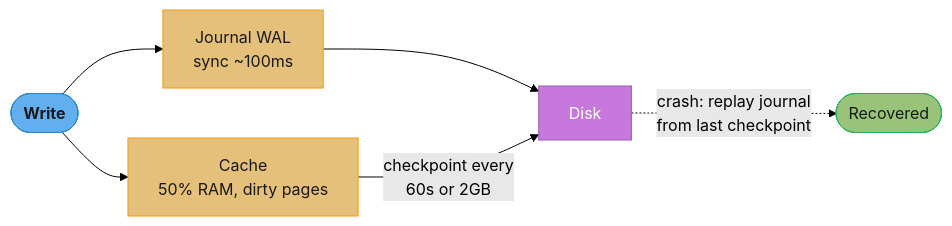
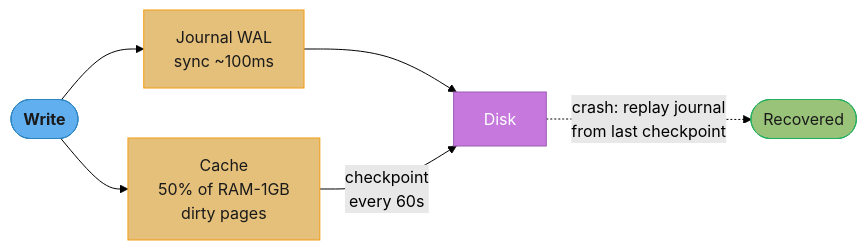
The eighth of 9 diagrams in src/main/java/com/rutik/systemdesign/database/document_databases/README.md (rppol/system-design), drawn with Mermaid (forest theme) before and after one commit. The commit also changed other lines of this file and 5 other files, not shown here.

````diff
--- a/src/main/java/com/rutik/systemdesign/database/document_databases/README.md
+++ b/src/main/java/com/rutik/systemdesign/database/document_databases/README.md
@@ -380,21 +382,21 @@
 ```mermaid
 flowchart LR
     classDef io      fill:#61afef,stroke:#2e86c1,color:#1a1a1a,font-weight:bold
     classDef frozen  fill:#c678dd,stroke:#9b59b6,color:#fff
     classDef train   fill:#98c379,stroke:#27ae60,color:#1a1a1a
     classDef mathOp  fill:#d19a66,stroke:#e67e22,color:#1a1a1a,font-weight:bold
     classDef lossN   fill:#e06c75,stroke:#c0392b,color:#fff,font-weight:bold
     classDef req     fill:#56b6c2,stroke:#0097a7,color:#1a1a1a
     classDef base    fill:#e5c07b,stroke:#f39c12,color:#1a1a1a
 
     W(["Write"]) --> J["Journal WAL<br/>sync ~100ms"]
-    W --> CA["Cache<br/>50% RAM, dirty pages"]
+    W --> CA["Cache<br/>50% of RAM-1GB<br/>dirty pages"]
     J --> DK["Disk"]
-    CA -->|"checkpoint every<br/>60s or 2GB"| DK
+    CA -->|"checkpoint<br/>every 60s"| DK
     DK -.->|"crash: replay journal<br/>from last checkpoint"| RC(["Recovered"])
 
     class W io
     class J,CA base
     class DK frozen
     class RC train
 ```
````
